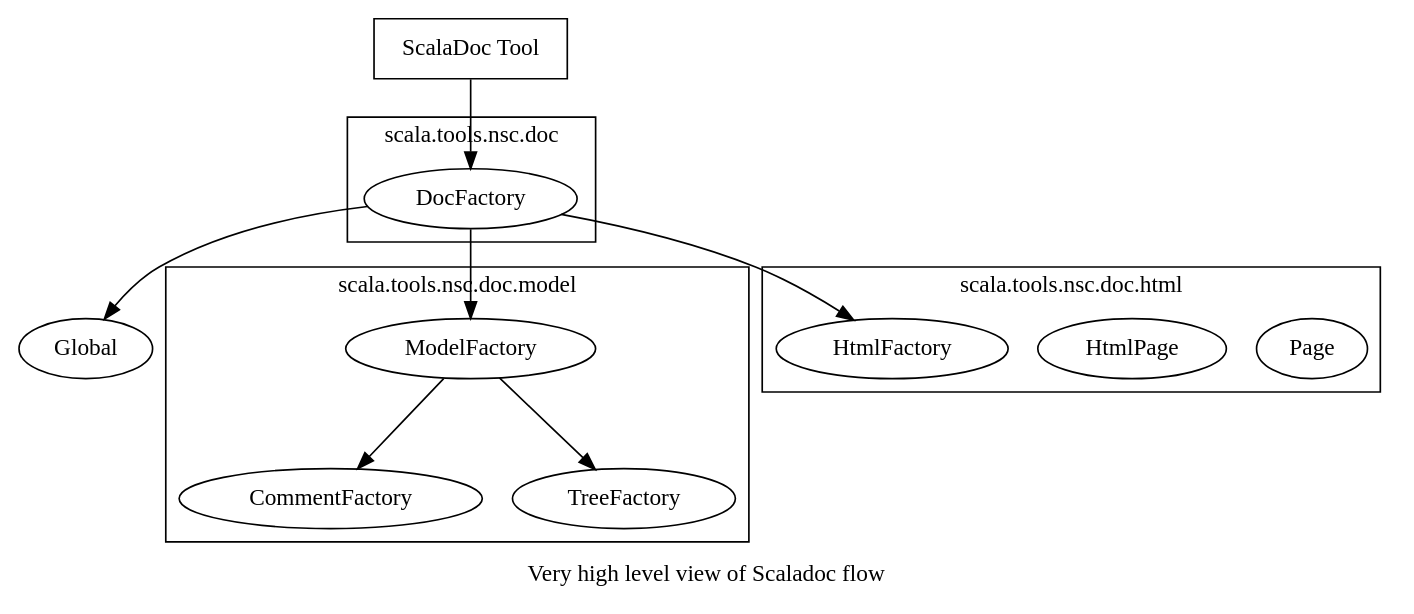
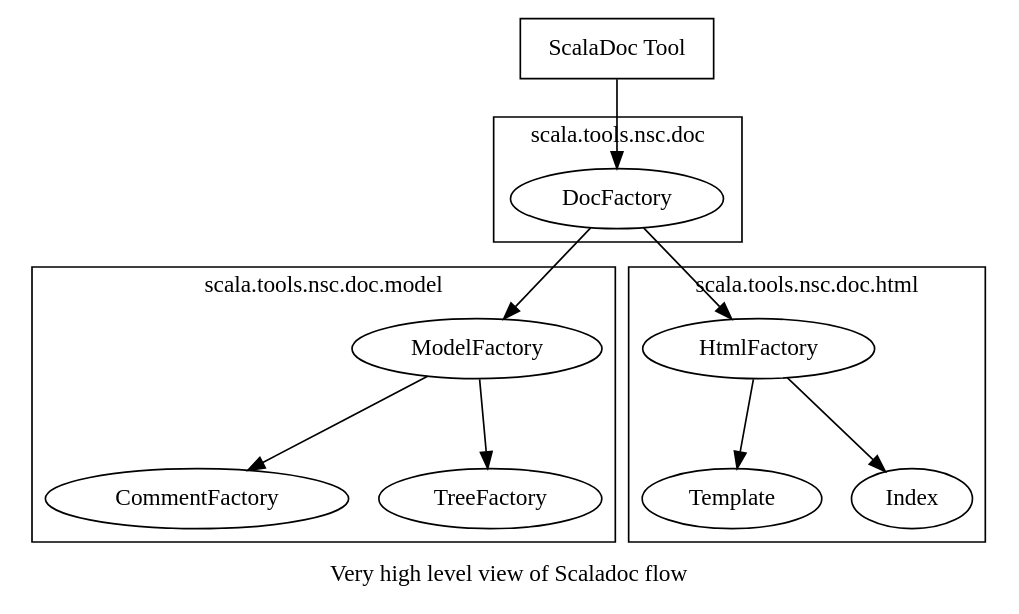
The diagram in docs/flow.dot (pedrofurla/scalathon-scaladoc), drawn with Graphviz before and after one commit. The commit also changed 7 other files, not shown here.

```diff
--- a/docs/flow.dot
+++ b/docs/flow.dot
@@ -1,46 +1,44 @@
 digraph ScaladocFlow {
 node [shape=ellipse];
 rankdir=TB;
 layout=dot;
 clusterrank=local;
 ranksep=.75
 
 
 ScalaDoc [shape=box,label="ScalaDoc Tool"];
-Global;					
+//Global;
 
 ScalaDoc -> DocFactory // 1
-DocFactory -> Global   // 2
+//DocFactory -> Global   // 2
 
 subgraph cluster_doc {
 	label="scala.tools.nsc.doc"		
 	
 	//DocFactory -> cluster_model; // 3
 	DocFactory 
 }
 
 subgraph cluster_model {
 	label="scala.tools.nsc.doc.model"
 	
 	ModelFactory -> {CommentFactory TreeFactory}
 }
 		
 subgraph cluster_html {
 	label="scala.tools.nsc.doc.html"
-		
-	Page
-	HtmlPage
-	HtmlFactory
+
+	HtmlFactory -> { Template Index }
 }
 DocFactory -> ModelFactory
 DocFactory -> HtmlFactory
 
 /*
 	subgraph clusterC {
 		label=""
 	}
 */	
 
 label="Very high level view of Scaladoc flow"
 overlap=false
 }
```
